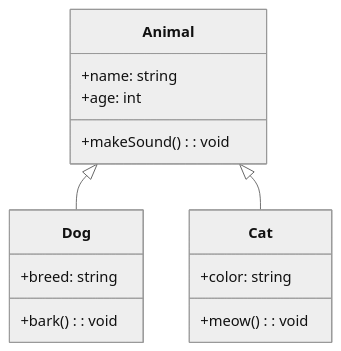
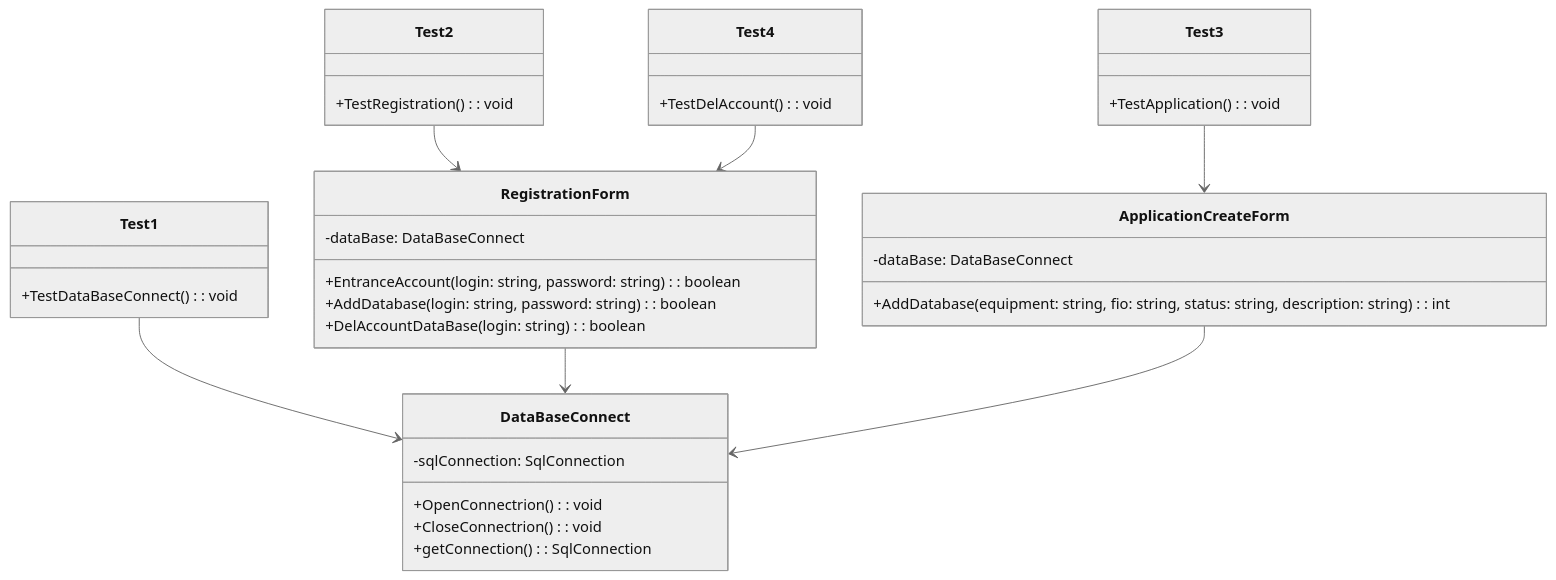
The diagram in README.md (LiamViverra/EquipmentRepairRequests), drawn with Mermaid (neutral theme) before and after one commit.

Commit message:
<Бубубу4>

````diff
--- a/README.md
+++ b/README.md
@@ -1,21 +1,38 @@
 ```mermaid
 classDiagram
-    class Animal {
-        +name: string
-        +age: int
-        +makeSound(): void
+    class DataBaseConnect {
+        -sqlConnection: SqlConnection
+        +OpenConnectrion(): void
+        +CloseConnectrion(): void
+        +getConnection(): SqlConnection
+    }
+    class RegistrationForm {
+        -dataBase: DataBaseConnect
+        +EntranceAccount(login: string, password: string): boolean
+        +AddDatabase(login: string, password: string): boolean
+        +DelAccountDataBase(login: string): boolean
+    }
+    class ApplicationCreateForm {
+        -dataBase: DataBaseConnect
+        +AddDatabase(equipment: string, fio: string, status: string, description: string): int
+    }
+    class Test1 {
+        +TestDataBaseConnect(): void
+    }
+    class Test2 {
+        +TestRegistration(): void
+    }
+    class Test3 {
+        +TestApplication(): void
+    }
+    class Test4 {
+        +TestDelAccount(): void
     }
 
-    class Dog {
-        +breed: string
-        +bark(): void
-    }
-
-    class Cat {
-        +color: string
-        +meow(): void
-    }
-
-    Animal <|-- Dog
-    Animal <|-- Cat
+    Test1 --> DataBaseConnect
+    Test2 --> RegistrationForm
+    Test3 --> ApplicationCreateForm
+    Test4 --> RegistrationForm
+    RegistrationForm --> DataBaseConnect
+    ApplicationCreateForm --> DataBaseConnect
 ```
````
